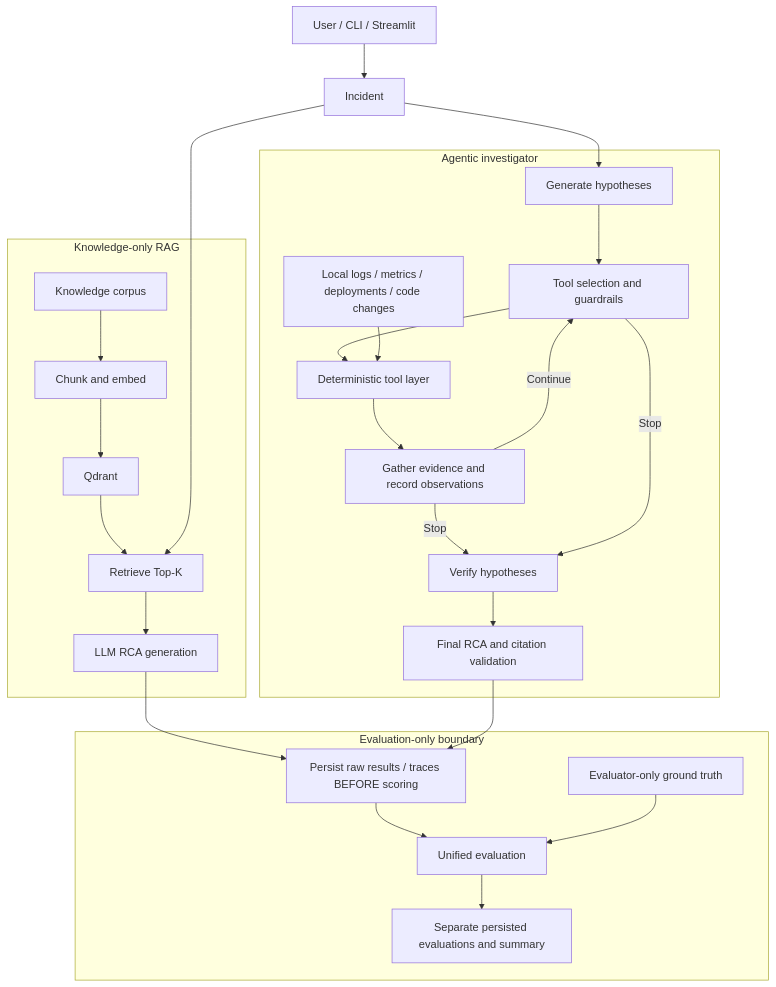
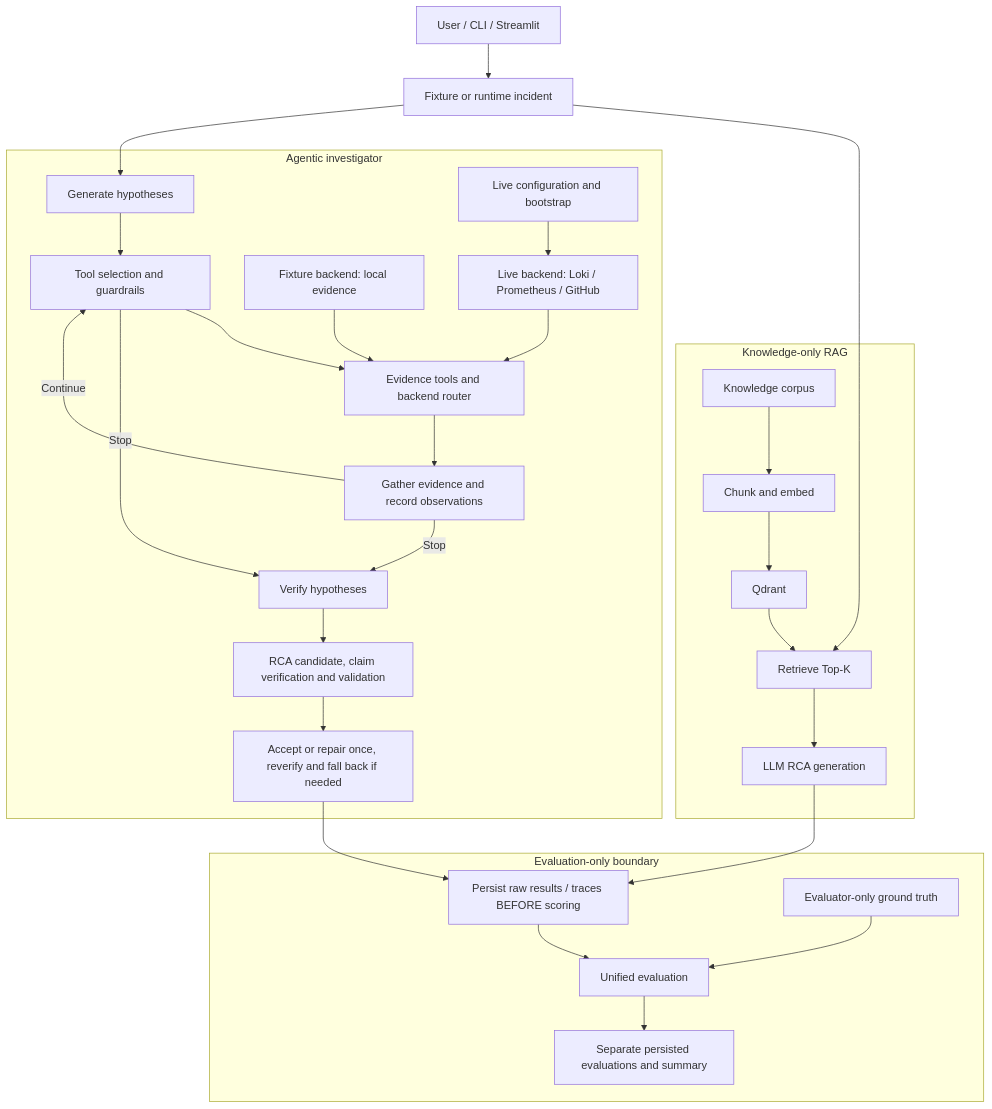
Before and after one commit to gaganjawa/traceroot: the first of 8 diagrams in docs/SYSTEM_DESIGN.md, drawn with Mermaid. The commit also changed other lines of this file and 4 other files, not shown here.

````diff
--- a/docs/SYSTEM_DESIGN.md
+++ b/docs/SYSTEM_DESIGN.md
@@ -59,29 +59,32 @@
 ```mermaid
 flowchart TB
-    U["User / CLI / Streamlit"] --> I["Incident"]
+    U["User / CLI / Streamlit"] --> I["Fixture or runtime incident"]
     subgraph RAG["Knowledge-only RAG"]
         K["Knowledge corpus"] --> C["Chunk and embed"]
         C --> Q["Qdrant"]
         R["Retrieve Top-K"] --> RC["LLM RCA generation"]
         Q --> R
     end
     subgraph AGENT["Agentic investigator"]
         H["Generate hypotheses"] --> S["Tool selection and guardrails"]
-        S --> T["Deterministic tool layer"]
-        F["Local logs / metrics / deployments / code changes"] --> T
+        S --> T["Evidence tools and backend router"]
+        F["Fixture backend: local evidence"] --> T
+        LIVE["Live backend: Loki / Prometheus / GitHub"] --> T
+        CFG["Live configuration and bootstrap"] --> LIVE
         T --> E["Gather evidence and record observations"]
         E -->|Continue| S
         E -->|Stop| V["Verify hypotheses"]
         S -->|Stop| V
-        V --> AC["Final RCA and citation validation"]
+        V --> AC["RCA candidate, claim verification and validation"]
+        AC --> POLICY["Accept or repair once, reverify and fall back if needed"]
     end
     I --> R
     I --> H
     RC --> P["Persist raw results / traces BEFORE scoring"]
-    AC --> P
+    POLICY --> P
     subgraph EVAL["Evaluation-only boundary"]
         P --> EV["Unified evaluation"]
         GT["Evaluator-only ground truth"] --> EV
         EV --> OUT["Separate persisted evaluations and summary"]
     end
 ```
````
